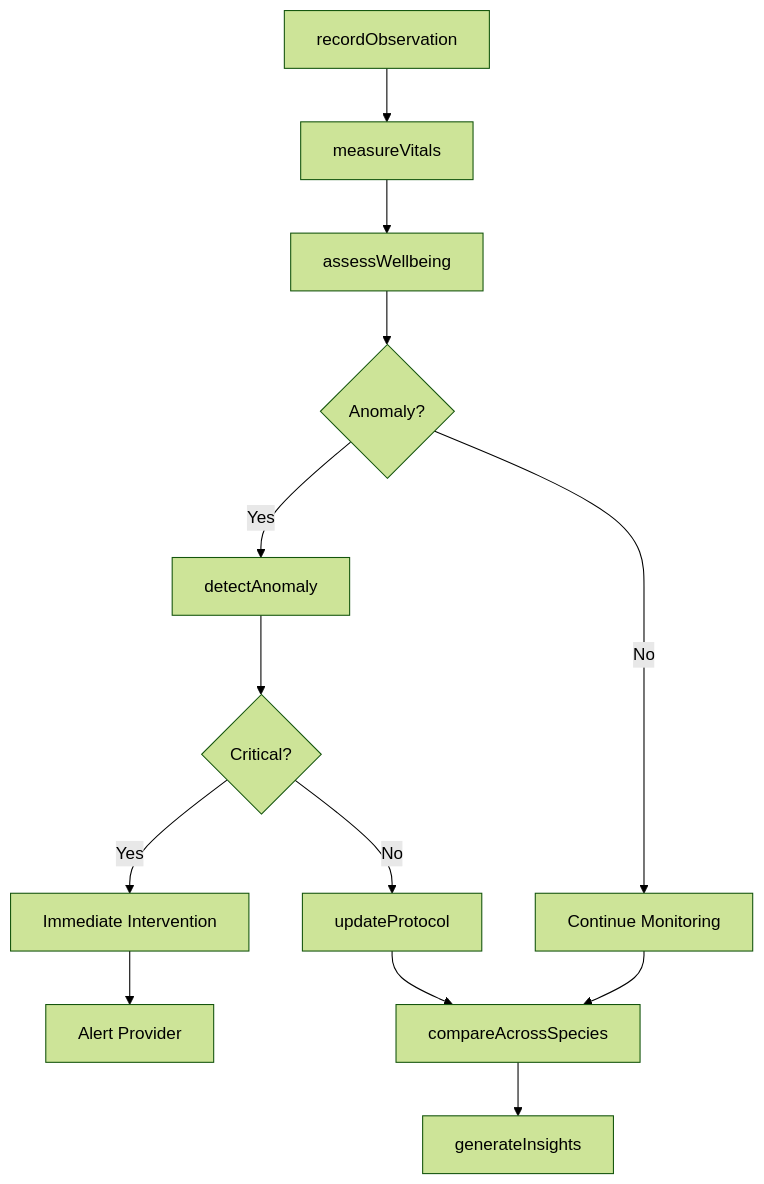
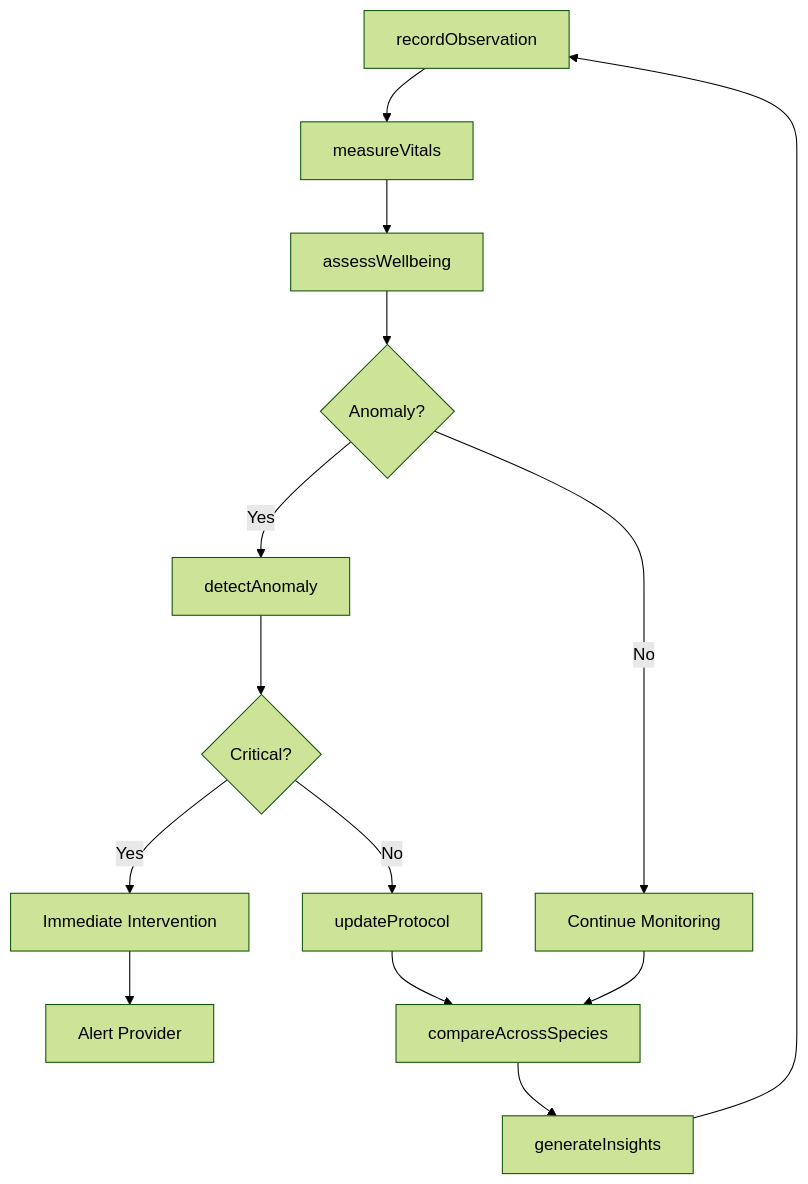
Before and after one commit to dot-org-ai/tasks.org.ai: the third of 4 diagrams in MonitoringProcessesMaterialsOrSurroundings/MonitorHealthConditionsOfHumansOrAnimals/MonitorHealthBehaviorPeopleAnimals.mdx, drawn with Mermaid (forest theme). The commit also changed other lines of this file and 504 other files, not shown here.

First line of the commit message:
feat: Add ER diagrams, state diagrams, and workflow improvements to 96 DWA task files

````diff
--- a/MonitoringProcessesMaterialsOrSurroundings/MonitorHealthConditionsOfHumansOrAnimals/MonitorHealthBehaviorPeopleAnimals.mdx
+++ b/MonitoringProcessesMaterialsOrSurroundings/MonitorHealthConditionsOfHumansOrAnimals/MonitorHealthBehaviorPeopleAnimals.mdx
@@ -87,15 +119,16 @@
 ```mermaid
 graph TD
     A[recordObservation] --> B[measureVitals]
     B --> C[assessWellbeing]
     C --> D{Anomaly?}
     D -->|Yes| E[detectAnomaly]
     D -->|No| F[Continue Monitoring]
     E --> G{Critical?}
     G -->|Yes| H[Immediate Intervention]
     G -->|No| I[updateProtocol]
     H --> J[Alert Provider]
     I --> K[compareAcrossSpecies]
     F --> K
     K --> L[generateInsights]
+    L --> A
 ```
````
